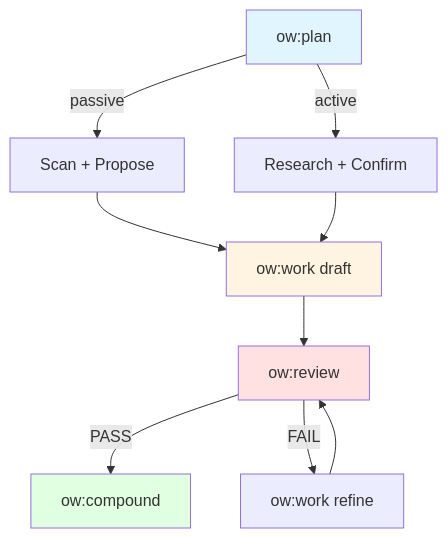
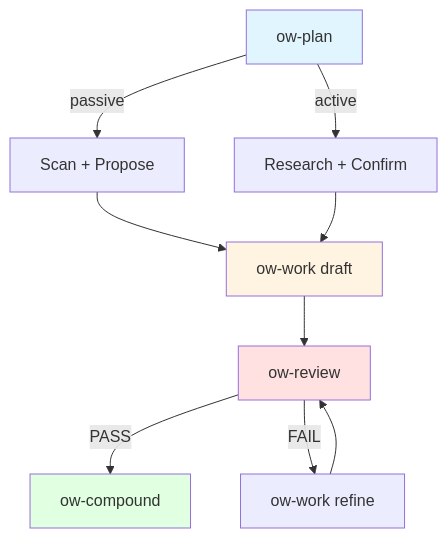
The diagram in docs/QUICK_START.md (andromedarabbit/obsidian-workflows), drawn with Mermaid before and after one commit. The commit also changed other lines of this file and 58 other files, not shown here.

````diff
--- a/docs/QUICK_START.md
+++ b/docs/QUICK_START.md
@@ -133,16 +133,16 @@
 ```mermaid
 graph TD
-    A[ow:plan] -->|passive| B[Scan + Propose]
+    A[ow-plan] -->|passive| B[Scan + Propose]
     A -->|active| C[Research + Confirm]
-    B --> D[ow:work draft]
+    B --> D[ow-work draft]
     C --> D
-    D --> E[ow:review]
-    E -->|PASS| F[ow:compound]
-    E -->|FAIL| G[ow:work refine]
+    D --> E[ow-review]
+    E -->|PASS| F[ow-compound]
+    E -->|FAIL| G[ow-work refine]
     G --> E
 
     style A fill:#e1f5ff
     style D fill:#fff4e1
     style E fill:#ffe1e1
     style F fill:#e1ffe1
 ```
````
